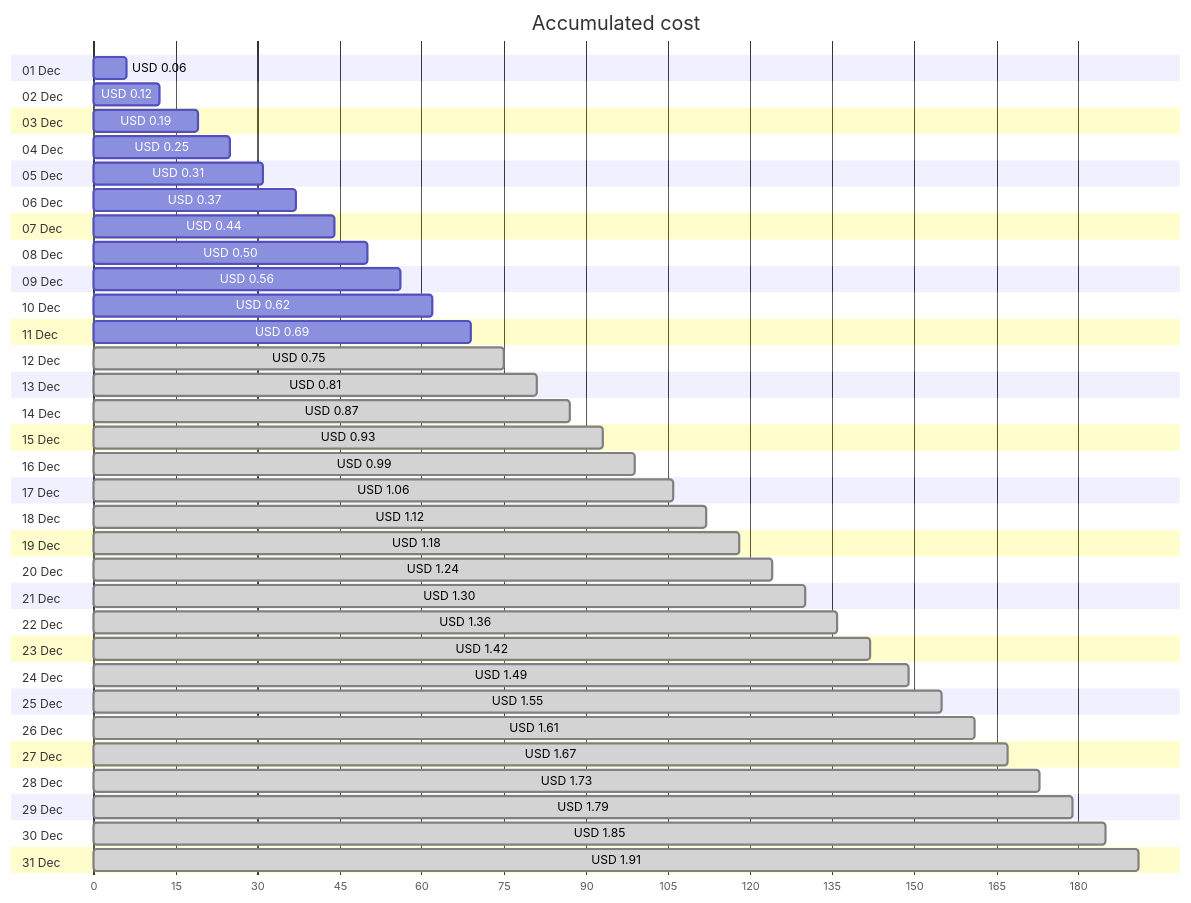
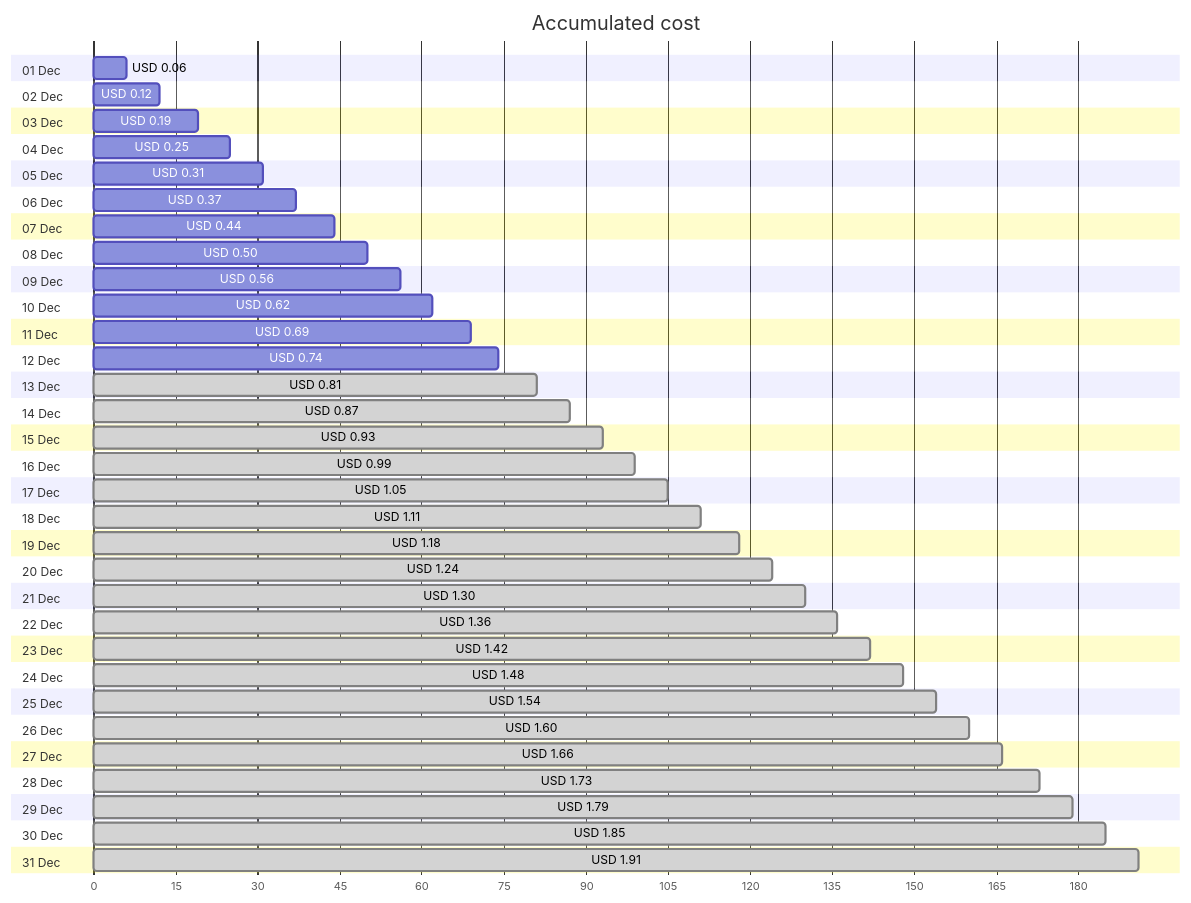
Before and after one commit to jpfulton/azure-personal-reports: the first of 4 diagrams in cost-reports/personal-network/vpn-server_OsDisk.md, drawn with Mermaid. The commit also changed other lines of this file and 8 other files, not shown here.

````diff
--- a/cost-reports/personal-network/vpn-server_OsDisk.md
+++ b/cost-reports/personal-network/vpn-server_OsDisk.md
@@ -20,68 +20,68 @@
 ```mermaid
 gantt
    title Accumulated cost
    dateFormat  X
    axisFormat %s
    section 01 Dec
    USD 0.06 :0, 6
    section 02 Dec
    USD 0.12 :0, 12
    section 03 Dec
    USD 0.19 :0, 19
    section 04 Dec
    USD 0.25 :0, 25
    section 05 Dec
    USD 0.31 :0, 31
    section 06 Dec
    USD 0.37 :0, 37
    section 07 Dec
    USD 0.44 :0, 44
    section 08 Dec
    USD 0.50 :0, 50
    section 09 Dec
    USD 0.56 :0, 56
    section 10 Dec
    USD 0.62 :0, 62
    section 11 Dec
    USD 0.69 :0, 69
    section 12 Dec
-   USD 0.75 : done, 0, 75
+   USD 0.74 :0, 74
    section 13 Dec
    USD 0.81 : done, 0, 81
    section 14 Dec
    USD 0.87 : done, 0, 87
    section 15 Dec
    USD 0.93 : done, 0, 93
    section 16 Dec
    USD 0.99 : done, 0, 99
    section 17 Dec
-   USD 1.06 : done, 0, 106
+   USD 1.05 : done, 0, 105
    section 18 Dec
-   USD 1.12 : done, 0, 112
+   USD 1.11 : done, 0, 111
    section 19 Dec
    USD 1.18 : done, 0, 118
    section 20 Dec
    USD 1.24 : done, 0, 124
    section 21 Dec
    USD 1.30 : done, 0, 130
    section 22 Dec
    USD 1.36 : done, 0, 136
    section 23 Dec
    USD 1.42 : done, 0, 142
    section 24 Dec
-   USD 1.49 : done, 0, 149
+   USD 1.48 : done, 0, 148
    section 25 Dec
-   USD 1.55 : done, 0, 155
+   USD 1.54 : done, 0, 154
    section 26 Dec
-   USD 1.61 : done, 0, 161
+   USD 1.60 : done, 0, 160
    section 27 Dec
-   USD 1.67 : done, 0, 167
+   USD 1.66 : done, 0, 166
    section 28 Dec
    USD 1.73 : done, 0, 173
    section 29 Dec
    USD 1.79 : done, 0, 179
    section 30 Dec
    USD 1.85 : done, 0, 185
    section 31 Dec
    USD 1.91 : done, 0, 191
 ```
````
